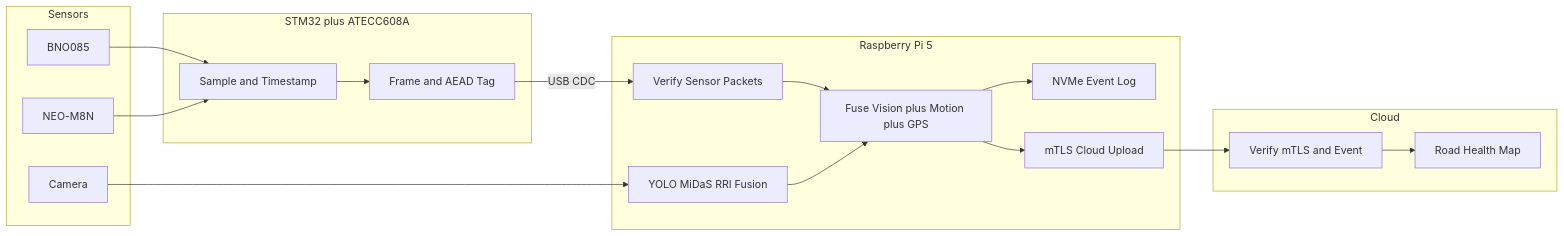
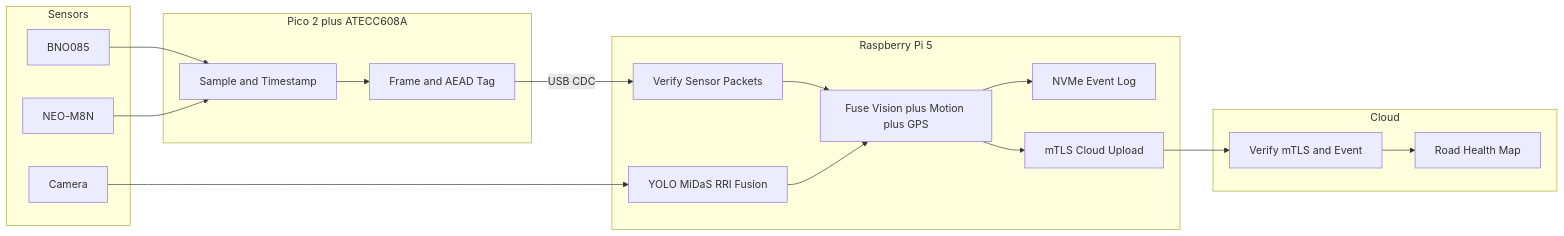
One commit to BlueWaves-afk/vigia-raspi changed the third of 8 diagrams in docs/hardware-architecture.md. Above: the diagram before and after it, drawn with Mermaid. The commit also changed other lines of this file and 6 other files, not shown here.

Commit message:
Pivot from stm32f411ce to raspi pico2

````diff
--- a/docs/hardware-architecture.md
+++ b/docs/hardware-architecture.md
@@ -179,38 +211,38 @@
 ```mermaid
 flowchart LR
   subgraph sensors [Sensors]
     imu[BNO085]
     gps[NEO-M8N]
     cam[Camera]
   end
 
-  subgraph mcu [STM32 plus ATECC608A]
+  subgraph mcu [Pico 2 plus ATECC608A]
     sample[Sample and Timestamp]
     frame[Frame and AEAD Tag]
   end
 
   subgraph pi [Raspberry Pi 5]
     receive[Verify Sensor Packets]
     vision[YOLO MiDaS RRI Fusion]
     fuse[Fuse Vision plus Motion plus GPS]
     log[NVMe Event Log]
     upload[mTLS Cloud Upload]
   end
 
   subgraph cloud [Cloud]
     verify[Verify mTLS and Event]
     store[Road Health Map]
   end
 
   imu --> sample
   gps --> sample
   sample --> frame
   frame -->|USB CDC| receive
   cam --> vision
   receive --> fuse
   vision --> fuse
   fuse --> log
   fuse --> upload
   upload --> verify
   verify --> store
 ```
````
